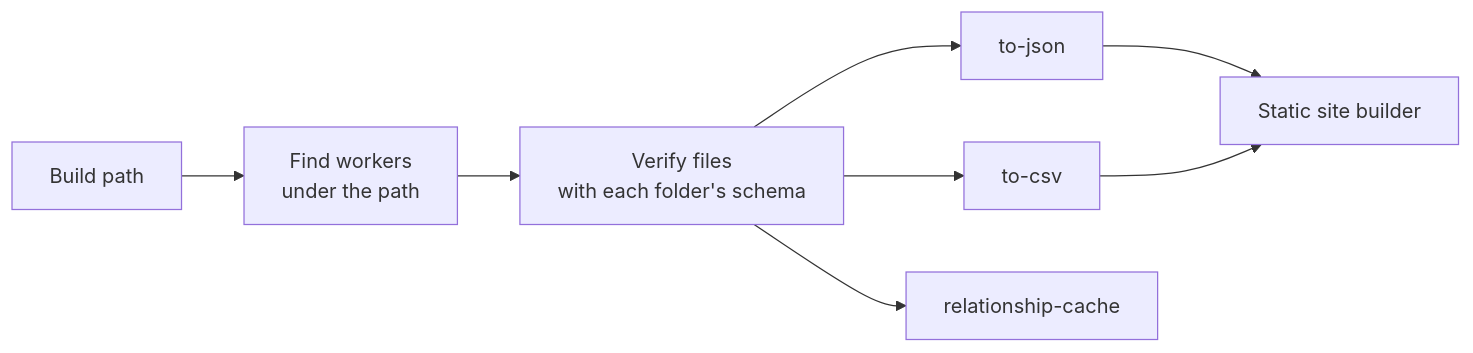
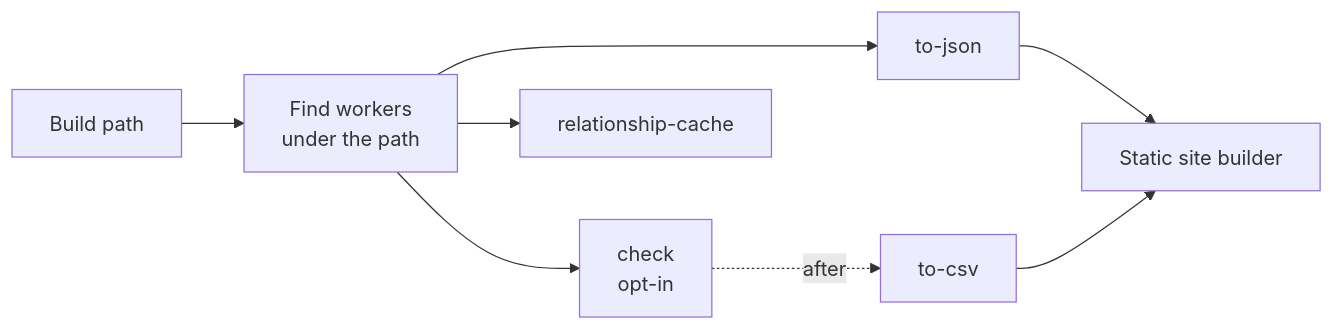
Before and after one commit to bristweb/yafidb: the fourth of 5 diagrams in docs/architecture.md, drawn with Mermaid. The commit also changed other lines of this file and 19 other files, not shown here.

````diff
--- a/docs/architecture.md
+++ b/docs/architecture.md
@@ -102,10 +127,10 @@
 ```mermaid
 flowchart LR
     P[Build path] --> D[Find workers<br/>under the path]
-    D --> V[Verify files<br/>with each folder's schema]
-    V --> J[to-json]
-    V --> C[to-csv]
-    V --> R[relationship-cache]
+    D --> K[check<br/>opt-in]
+    D --> J[to-json]
+    K -.after.-> C[to-csv]
+    D --> R[relationship-cache]
     J --> S[Static site builder]
     C --> S
 ```
````
